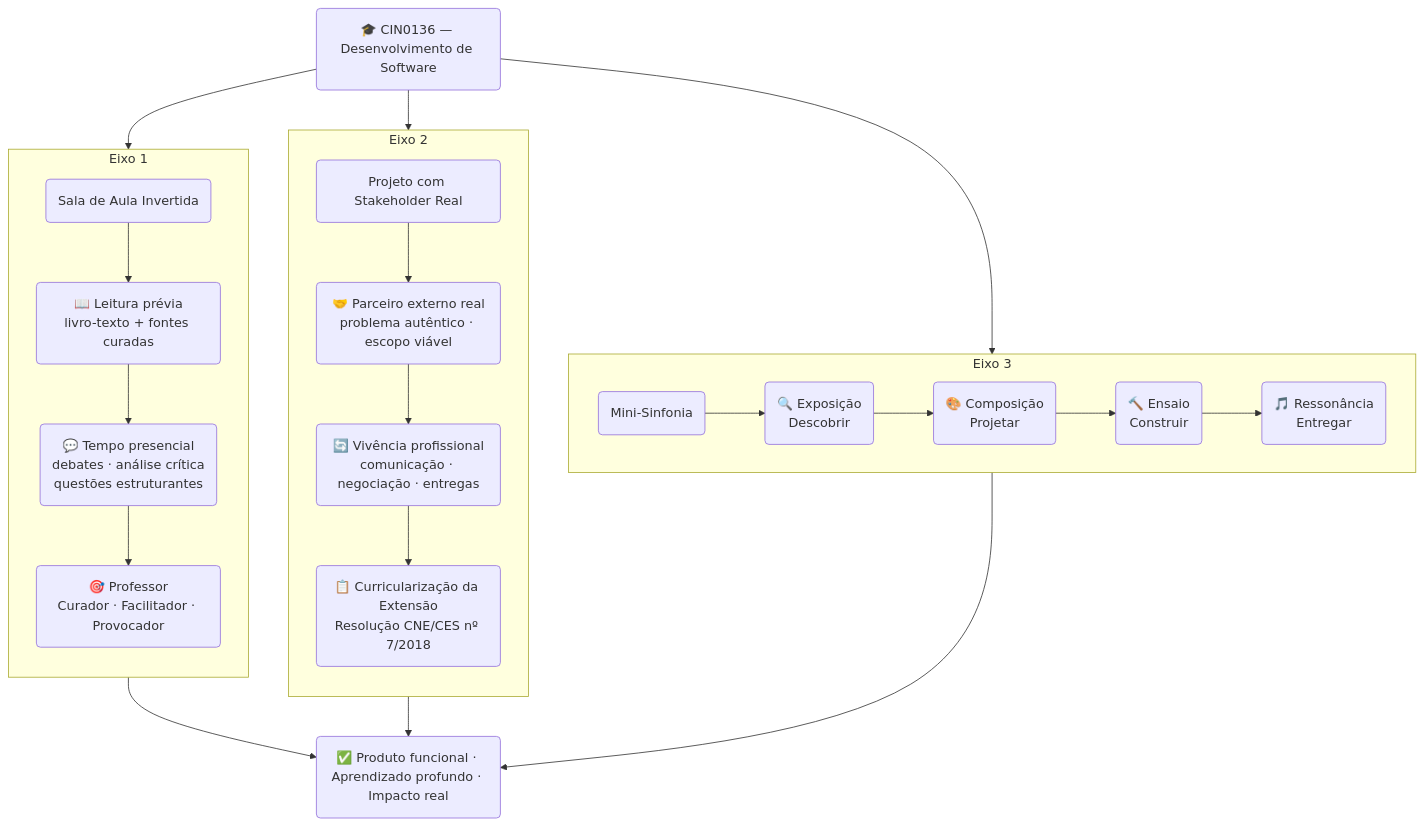
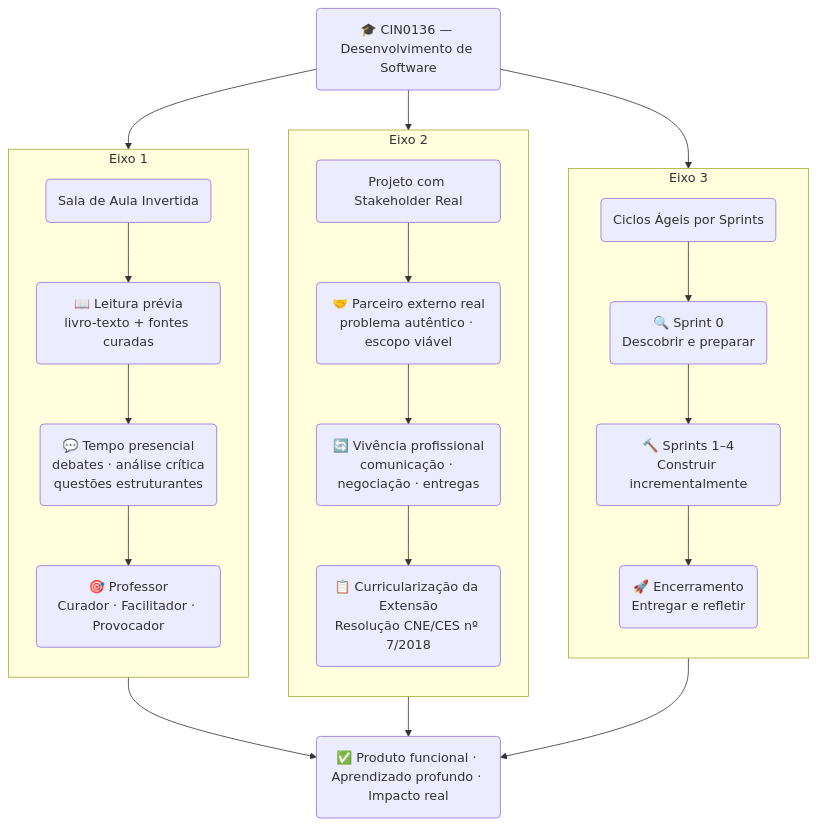
Before and after one commit to assertlab/deso: the diagram in README.md, drawn with Mermaid. The commit also changed other lines of this file and 5 other files, not shown here.

````diff
--- a/README.md
+++ b/README.md
@@ -31,38 +33,37 @@
 ```mermaid
 flowchart TB
     DISC("🎓 CIN0136 — Desenvolvimento de Software")
 
     DISC --> E1
     DISC --> E2
     DISC --> E3
 
     subgraph E1["Eixo 1"]
         direction TB
         L0("Sala de Aula Invertida")
         L1("📖 Leitura prévia<br>livro-texto + fontes curadas")
         L2("💬 Tempo presencial<br>debates · análise crítica<br>questões estruturantes")
         L3("🎯 Professor<br>Curador · Facilitador · Provocador")
         L0 --> L1 --> L2 --> L3
     end
 
     subgraph E2["Eixo 2"]
         direction TB
         P0("Projeto com Stakeholder Real")
         P1("🤝 Parceiro externo real<br>problema autêntico · escopo viável")
         P2("🔄 Vivência profissional<br>comunicação · negociação · entregas")
         P3("📋 Curricularização da Extensão<br>Resolução CNE/CES nº 7/2018")
         P0 --> P1 --> P2 --> P3
     end
 
     subgraph E3["Eixo 3"]
-        direction LR
-        M0("Mini-Sinfonia")
-        M1("🔍 Exposição<br>Descobrir")
-        M2("🎨 Composição<br>Projetar")
-        M3("🔨 Ensaio<br>Construir")
-        M4("🎵 Ressonância<br>Entregar")
-        M0 --> M1 --> M2 --> M3 --> M4
+        direction TB
+        M0("Ciclos Ágeis por Sprints")
+        M1("🔍 Sprint 0<br>Descobrir e preparar")
+        M2("🔨 Sprints 1–4<br>Construir incrementalmente")
+        M3("🚀 Encerramento<br>Entregar e refletir")
+        M0 --> M1 --> M2 --> M3
     end
 
     E1 & E2 & E3 --> OUT("✅ Produto funcional · Aprendizado profundo · Impacto real")
 ```
````
